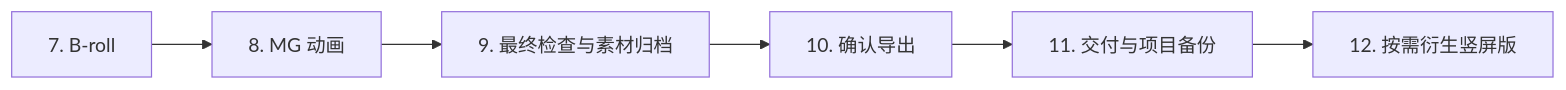
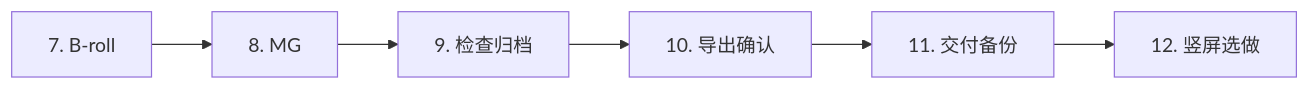
One commit to Iris-lover/xb-video-cut changed the second of 2 diagrams in README.md. Above: the diagram before and after it, drawn with Mermaid. The commit also changed other lines of this file, not shown here.

Commit message:
Shorten workflow diagram labels

````diff
--- a/README.md
+++ b/README.md
@@ -42,8 +42,8 @@
 ```mermaid
 flowchart LR
-    G["7. B-roll"] --> H["8. MG 动画"]
-    H --> I["9. 最终检查与素材归档"]
-    I --> J["10. 确认导出"]
-    J --> K["11. 交付与项目备份"]
-    K --> L["12. 按需衍生竖屏版"]
+    G["7. B-roll"] --> H["8. MG"]
+    H --> I["9. 检查归档"]
+    I --> J["10. 导出确认"]
+    J --> K["11. 交付备份"]
+    K --> L["12. 竖屏选做"]
 ```
````
